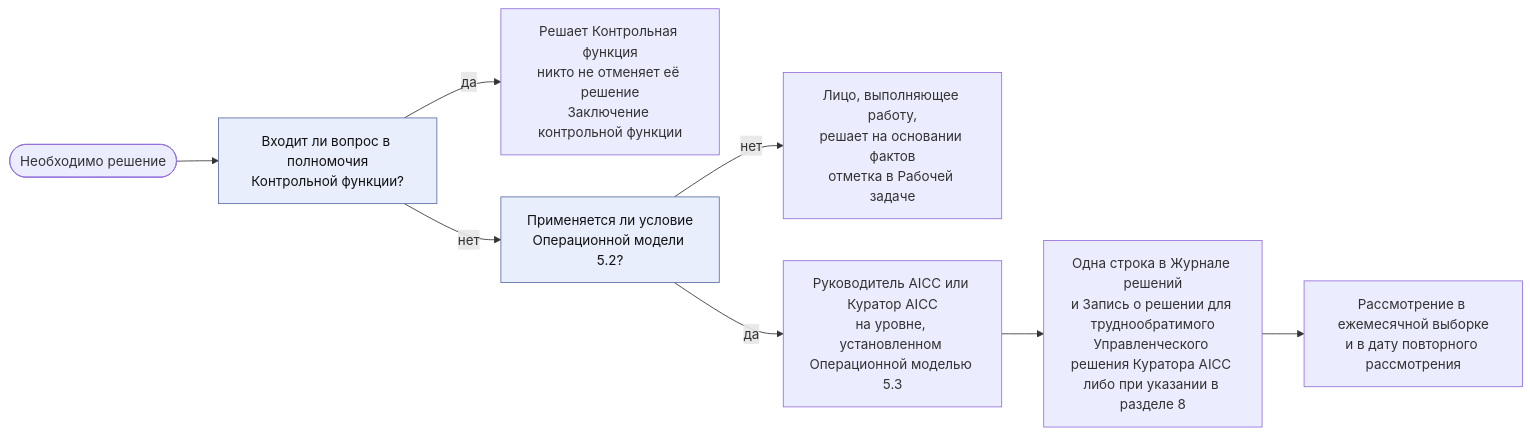
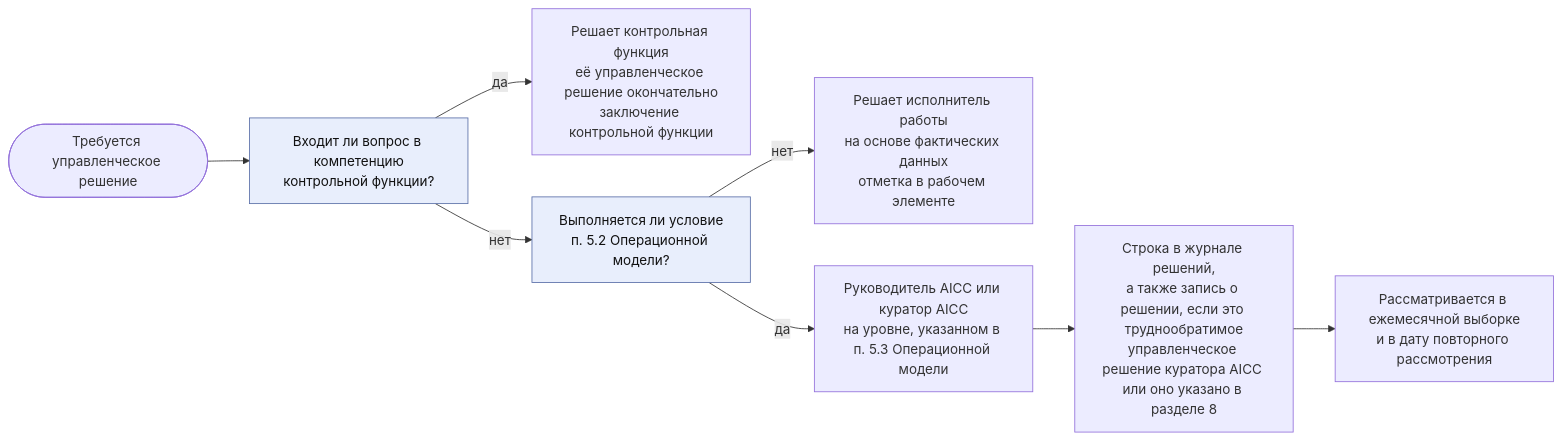
The second of 6 diagrams in charter/ru/workflows/unit-governance.md (devhogu/ob-aicc), drawn with Mermaid before and after one commit. The commit also changed other lines of this file and 7 other files, not shown here.

````diff
--- a/charter/ru/workflows/unit-governance.md
+++ b/charter/ru/workflows/unit-governance.md
@@ -50,12 +50,12 @@
 ```mermaid
 flowchart LR
-  DEC(["Необходимо решение"]) --> Q1["Входит ли вопрос в полномочия<br/>Контрольной функции?"]
-  Q1 -->|"да"| CFD["Решает Контрольная функция<br/>никто не отменяет её решение<br/>Заключение контрольной функции"]
-  Q1 -->|"нет"| Q2["Применяется ли условие<br/>Операционной модели 5.2?"]
-  Q2 -->|"нет"| TMD["Лицо, выполняющее работу,<br/>решает на основании фактов<br/>отметка в Рабочей задаче"]
-  Q2 -->|"да"| LV["Руководитель AICC или Куратор AICC<br/>на уровне, установленном Операционной моделью 5.3"]
-  LV --> LOG["Одна строка в Журнале решений<br/>и Запись о решении для труднообратимого<br/>Управленческого решения Куратора AICC либо при указании в разделе 8"]
-  LOG --> REV["Рассмотрение в ежемесячной выборке<br/>и в дату повторного рассмотрения"]
+  DEC(["Требуется управленческое решение"]) --> Q1["Входит ли вопрос в компетенцию<br/>контрольной функции?"]
+  Q1 -->|"да"| CFD["Решает контрольная функция<br/>её управленческое решение окончательно<br/>заключение контрольной функции"]
+  Q1 -->|"нет"| Q2["Выполняется ли условие<br/>п. 5.2 Операционной модели?"]
+  Q2 -->|"нет"| TMD["Решает исполнитель работы<br/>на основе фактических данных<br/>отметка в рабочем элементе"]
+  Q2 -->|"да"| LV["Руководитель AICC или куратор AICC<br/>на уровне, указанном в п. 5.3 Операционной модели"]
+  LV --> LOG["Строка в журнале решений,<br/>а также запись о решении, если это труднообратимое<br/>управленческое решение куратора AICC или оно указано в разделе 8"]
+  LOG --> REV["Рассматривается в ежемесячной выборке<br/>и в дату повторного рассмотрения"]
   classDef gate fill:#e8eefc,stroke:#5a6fa8,color:#111
   class Q1,Q2 gate
 ```
````
